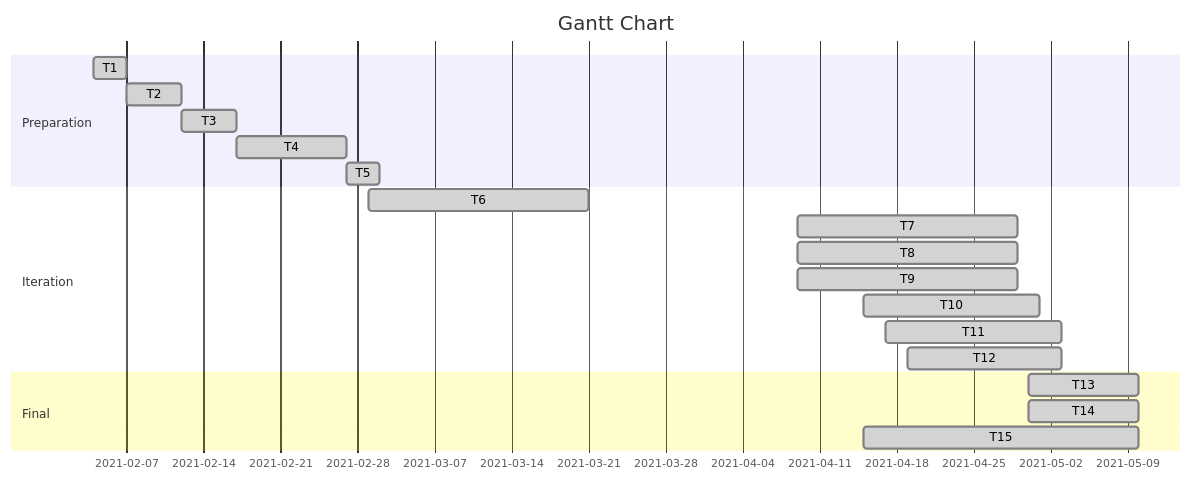
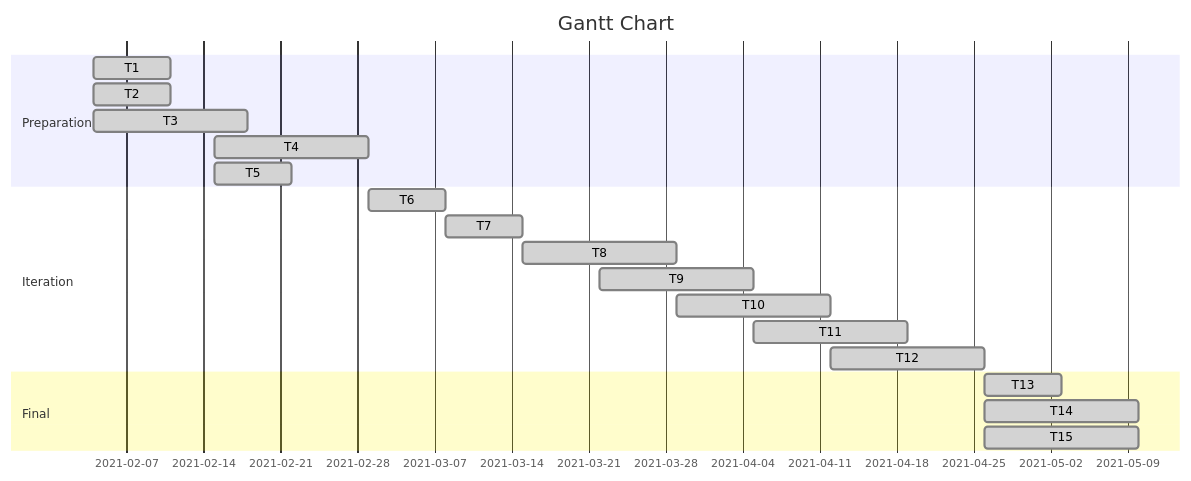
Before and after one commit to ponponde/UoB-Group-Project-Desk18: the diagram in resource_report/ProjectManagement.md, drawn with Mermaid. The commit also changed other lines of this file, not shown here.

````diff
--- a/resource_report/ProjectManagement.md
+++ b/resource_report/ProjectManagement.md
@@ -105,22 +105,22 @@
 ```mermaid
 gantt
 Title Gantt Chart
 section Preparation
-T1 : done, 2021-02-04, 3d
-T2 : done, 5d
-T3 : done, 5d
-T4 : done, 10d
-T5 : done, 3d
+T1 : done, 2021-02-04, 7d
+T2 : done, 2021-02-04, 7d
+T3 : done, 2021-02-04, 14d
+T4 : done, 2021-02-15, 14d
+T5 : done, 2021-02-15, 7d
 section Iteration
-T6 : done, 2021-03-01, 20d
-T7 : done, 2021-04-09, 20d
-T8 : done, 2021-04-09, 20d
-T9 : done, 2021-04-09, 20d
-T10 : done, 2021-04-15, 16d
-T11 : done, 2021-04-17, 16d
-T12 : done, 2021-04-19, 14d
+T6 : done, 2021-03-01, 7d
+T7 : done, 2021-03-08, 7d
+T8 : done, 2021-03-15, 14d
+T9 : done, 2021-03-22, 14d
+T10 : done, 2021-03-29, 14d
+T11 : done, 2021-04-05, 14d
+T12 : done, 2021-04-12, 14d
 section Final
-T13 : done, 2021-04-30, 10d
-T14 : done, 2021-04-30, 10d
-T15 : done, 2021-04-15, 25d
+T13 : done, 2021-04-26, 7d
+T14 : done, 2021-04-26, 14d
+T15 : done, 2021-04-26, 14d
 ```
````
